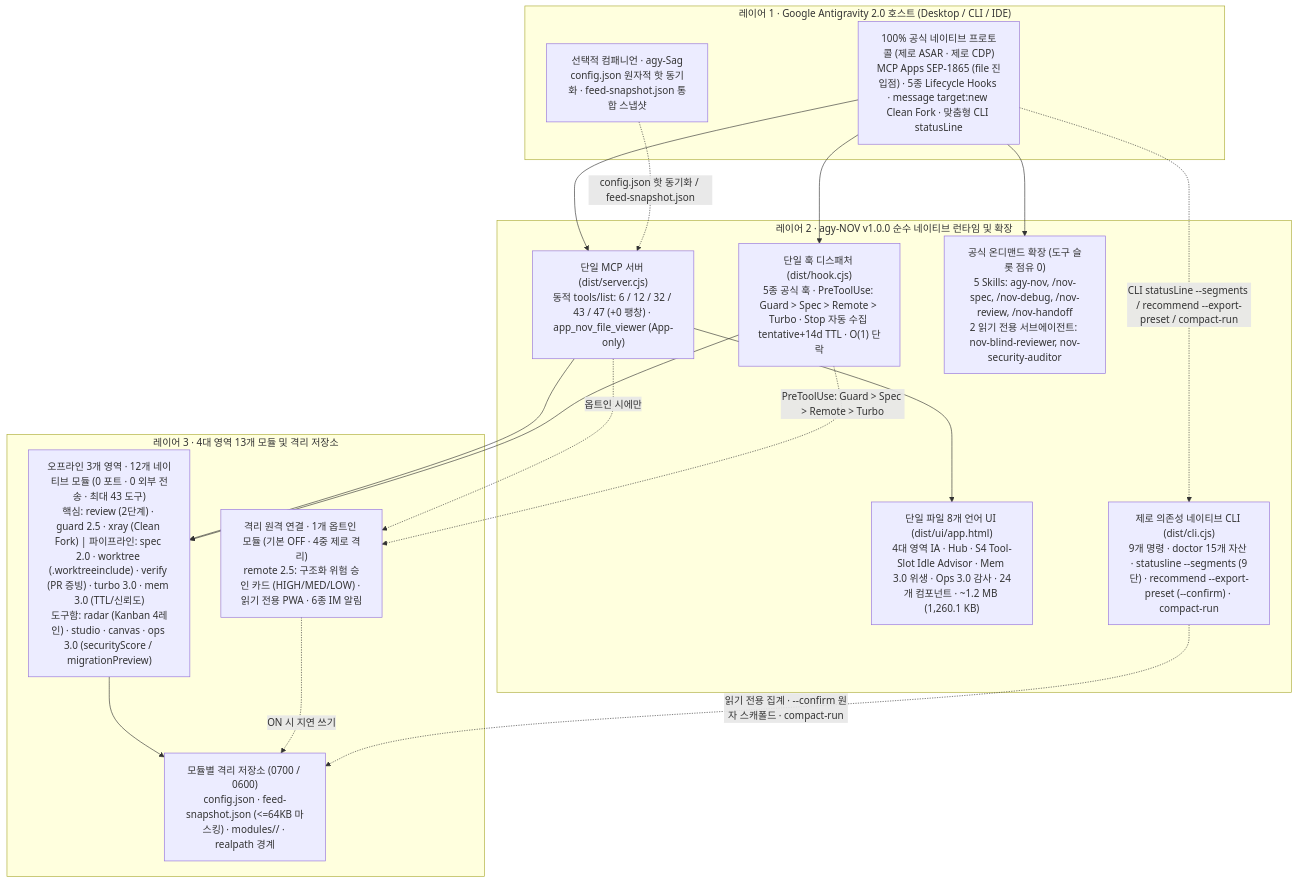
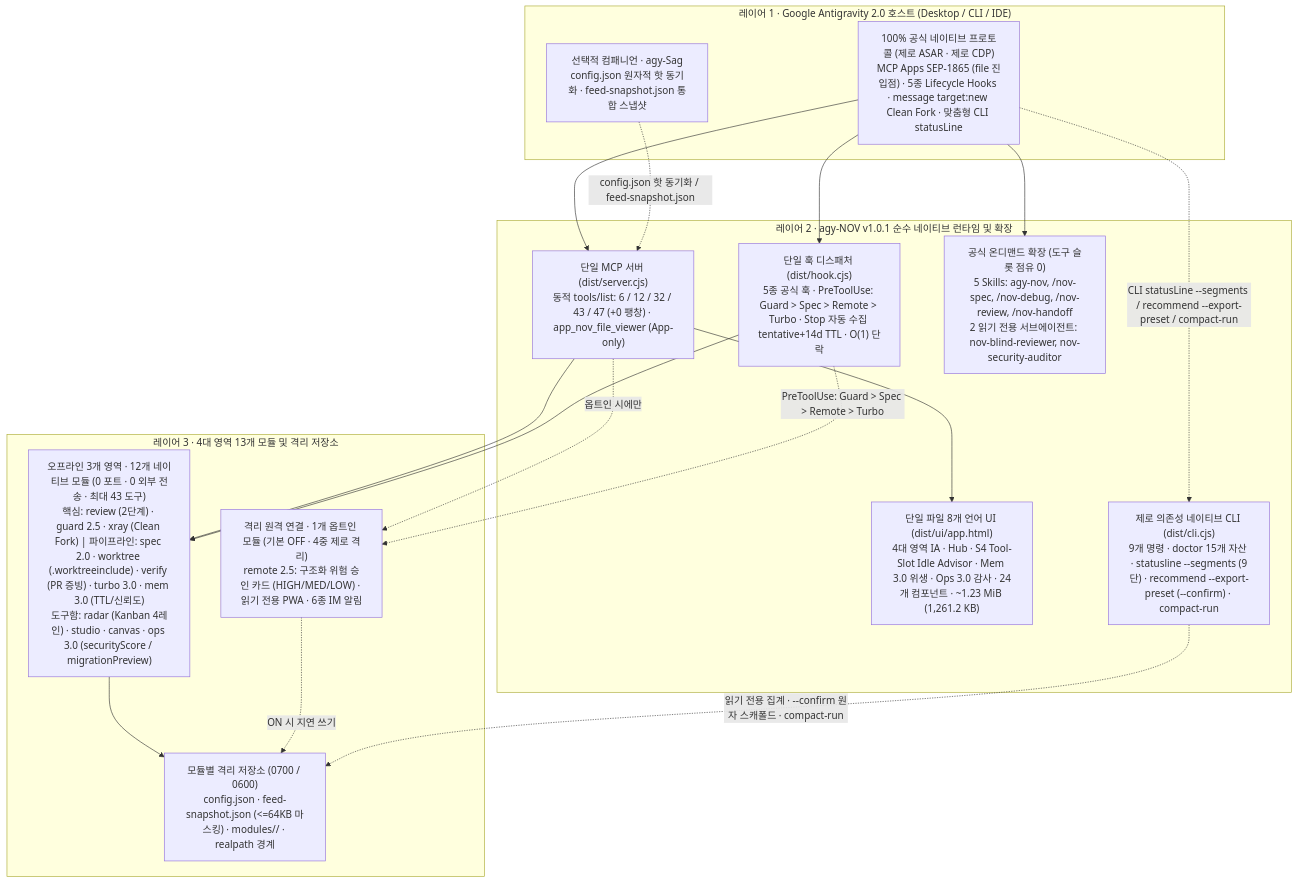
One commit to tone-leh/agy-NOV changed the diagram in docs/i18n/README.ko.md. Above: the diagram before and after it, drawn with Mermaid. The commit also changed other lines of this file and 69 other files, not shown here.

````diff
--- a/docs/i18n/README.ko.md
+++ b/docs/i18n/README.ko.md
@@ -235,35 +239,35 @@
 ```mermaid
 flowchart TB
   subgraph L1["레이어 1 · Google Antigravity 2.0 호스트 (Desktop / CLI / IDE)"]
     Host["100% 공식 네이티브 프로토콜 (제로 ASAR · 제로 CDP)\nMCP Apps SEP-1865 (file 진입점) · 5종 Lifecycle Hooks · message target:new Clean Fork · 맞춤형 CLI statusLine"]
     Sag["선택적 컴패니언 · agy-Sag\nconfig.json 원자적 핫 동기화 · feed-snapshot.json 통합 스냅샷"]
   end
 
-  subgraph L2["레이어 2 · agy-NOV v1.0.0 순수 네이티브 런타임 및 확장"]
+  subgraph L2["레이어 2 · agy-NOV v1.0.1 순수 네이티브 런타임 및 확장"]
     MCP["단일 MCP 서버 (dist/server.cjs)\n동적 tools/list: 6 / 12 / 32 / 43 / 47 (+0 팽창) · app_nov_file_viewer (App-only)"]
     Hook["단일 훅 디스패처 (dist/hook.cjs)\n5종 공식 훅 · PreToolUse: Guard > Spec > Remote > Turbo · Stop 자동 수집 tentative+14d TTL · O(1) 단락"]
-    UI["단일 파일 8개 언어 UI (dist/ui/app.html)\n4대 영역 IA · Hub · S4 Tool-Slot Idle Advisor · Mem 3.0 위생 · Ops 3.0 감사 · 24개 컴포넌트 · ~1.2 MB (1,260.1 KB)"]
+    UI["단일 파일 8개 언어 UI (dist/ui/app.html)\n4대 영역 IA · Hub · S4 Tool-Slot Idle Advisor · Mem 3.0 위생 · Ops 3.0 감사 · 24개 컴포넌트 · ~1.23 MiB (1,261.2 KB)"]
     Ext["공식 온디맨드 확장 (도구 슬롯 점유 0)\n5 Skills: agy-nov, /nov-spec, /nov-debug, /nov-review, /nov-handoff\n2 읽기 전용 서브에이전트: nov-blind-reviewer, nov-security-auditor"]
     CLI["제로 의존성 네이티브 CLI (dist/cli.cjs)\n9개 명령 · doctor 15개 자산 · statusline --segments (9단) · recommend --export-preset (--confirm) · compact-run"]
   end
 
   subgraph L3["레이어 3 · 4대 영역 13개 모듈 및 격리 저장소"]
     T1["오프라인 3개 영역 · 12개 네이티브 모듈 (0 포트 · 0 외부 전송 · 최대 43 도구)\n핵심: review (2단계) · guard 2.5 · xray (Clean Fork) | 파이프라인: spec 2.0 · worktree (.worktreeinclude) · verify (PR 증빙) · turbo 3.0 · mem 3.0 (TTL/신뢰도)\n도구함: radar (Kanban 4레인) · studio · canvas · ops 3.0 (securityScore / migrationPreview)"]
     T2R["격리 원격 연결 · 1개 옵트인 모듈 (기본 OFF · 4중 제로 격리)\nremote 2.5: 구조화 위험 승인 카드 (HIGH/MED/LOW) · 읽기 전용 PWA · 6종 IM 알림"]
     Store["모듈별 격리 저장소 (0700 / 0600)\nconfig.json · feed-snapshot.json (<=64KB 마스킹) · modules/<id>/ · realpath 경계"]
   end
 
   Host --> MCP
   Host --> Hook
   Host --> Ext
   Host -. "CLI statusLine --segments / recommend --export-preset / compact-run" .-> CLI
   Sag -. "config.json 핫 동기화 / feed-snapshot.json" .-> MCP
   MCP --> UI
   MCP --> T1
   MCP -. "옵트인 시에만" .-> T2R
   Hook --> T1
   Hook -. "PreToolUse: Guard > Spec > Remote > Turbo" .-> T2R
   T1 --> Store
   T2R -. "ON 시 지연 쓰기" .-> Store
   CLI -. "읽기 전용 집계 · --confirm 원자 스캐폴드 · compact-run" .-> Store
 ```
````
